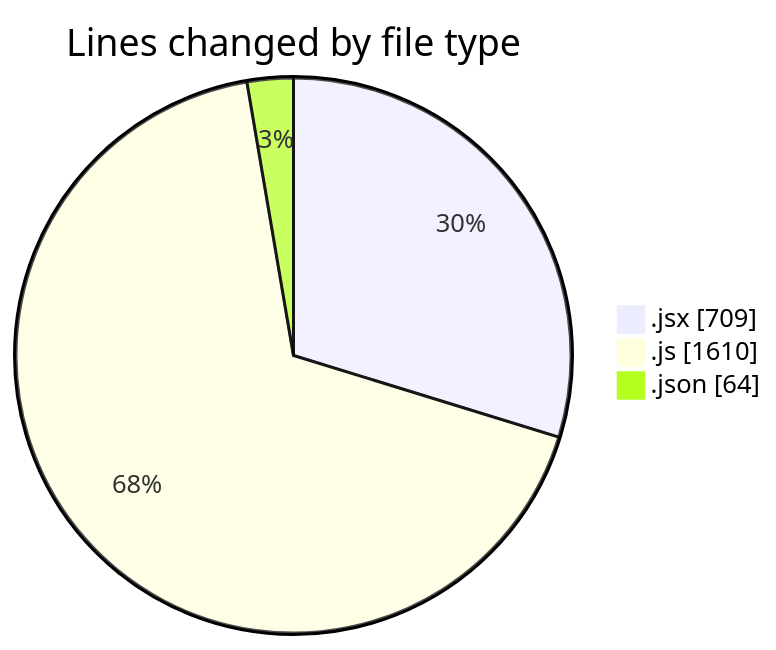
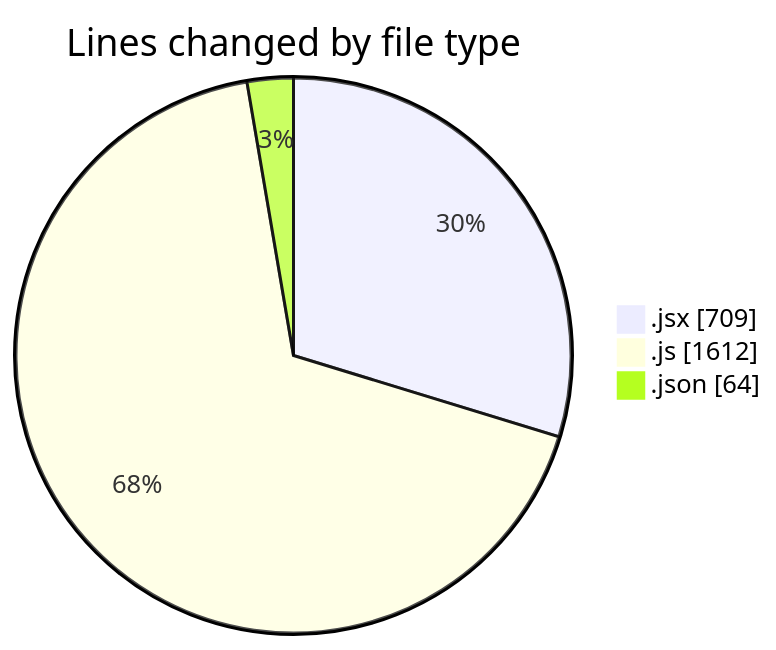
Before and after one commit to nxtqubesakshisongat/code-tracking: the first of 2 diagrams in 2025-11-05/nxtqube_webapp/README.md, drawn with Mermaid. The commit also changed other lines of this file and 1 other file, not shown here.

````diff
--- a/2025-11-05/nxtqube_webapp/README.md
+++ b/2025-11-05/nxtqube_webapp/README.md
@@ -30,7 +30,7 @@
 ```mermaid
 pie showData
 title Lines changed by file type
 ".jsx" : 709
-".js" : 1610
+".js" : 1612
 ".json" : 64
 ```
````
